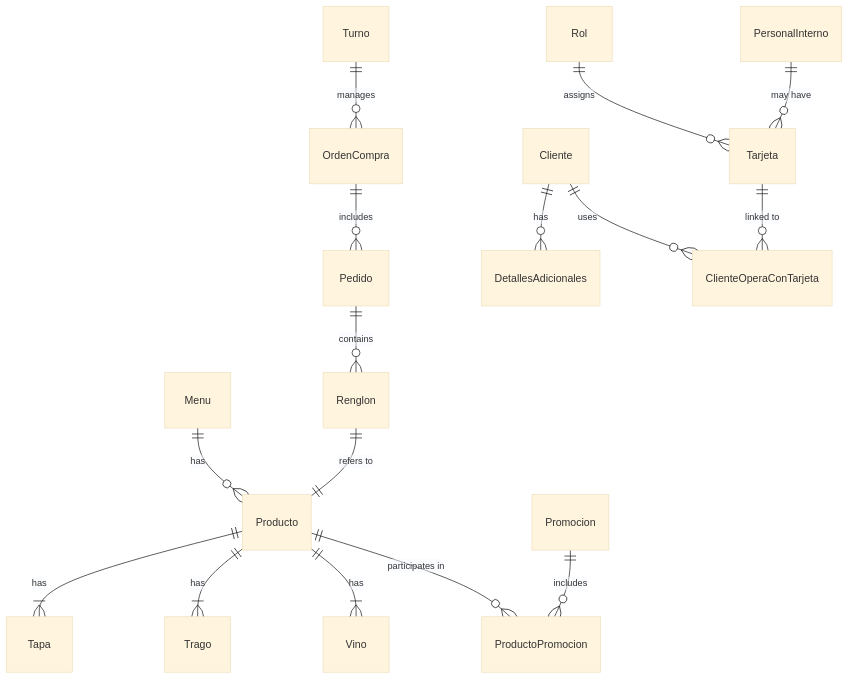
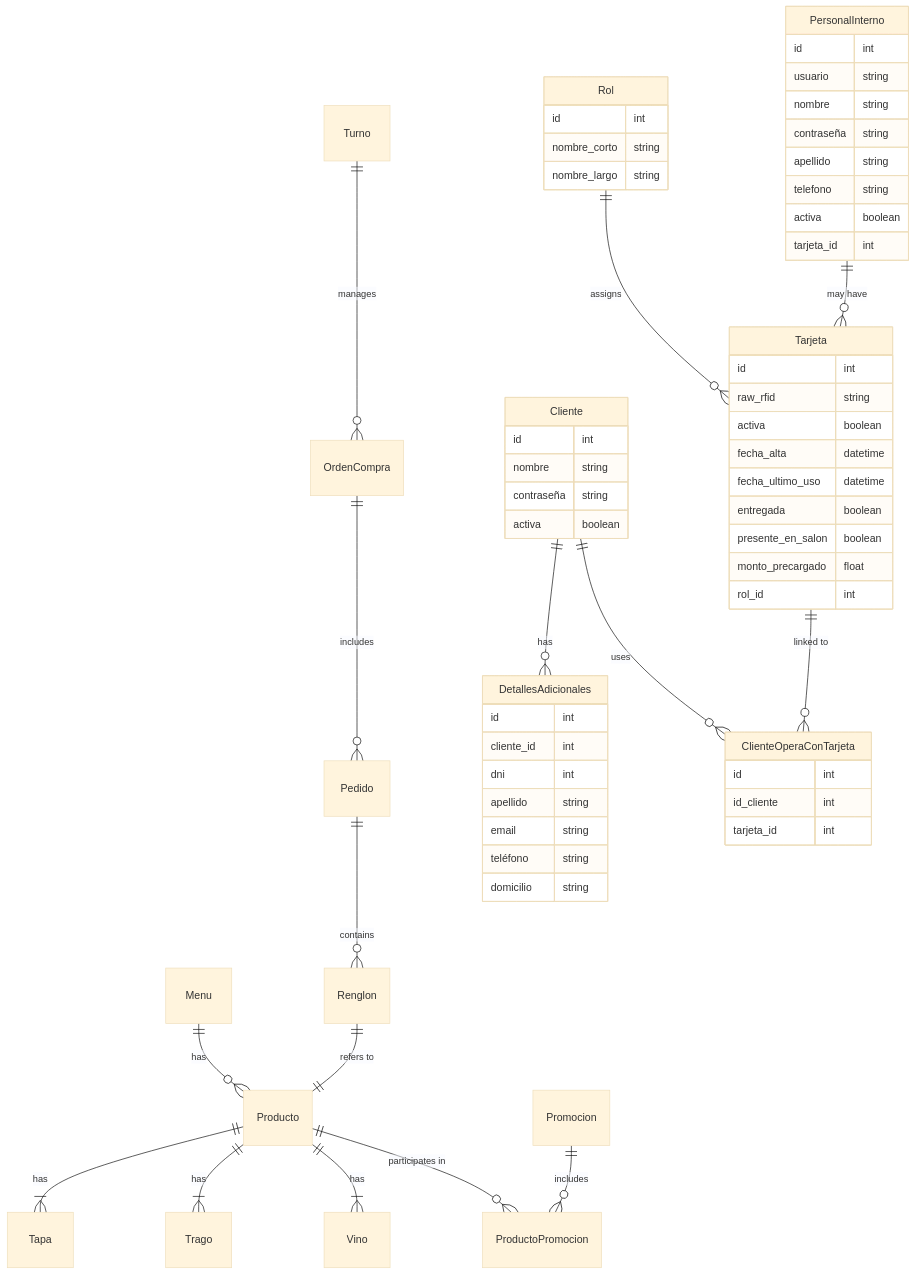
Before and after one commit to allanes/winebar-4: the diagram in backend/app/sql_app/README.md, drawn with Mermaid (base theme).

First paragraph of the commit message:
aider: Added all fields defined in tarjetas_y_usuarios to the mermaid tables in the readme.
# Aider chat conversation:

````diff
--- a/backend/app/sql_app/README.md
+++ b/backend/app/sql_app/README.md
@@ -1,18 +1,64 @@
 ```mermaid
 erDiagram
     Menu ||--o{ Producto : has
     Producto ||--|{ Tapa : has
     Producto ||--|{ Trago : has
     Producto ||--|{ Vino : has
     Producto ||--o{ ProductoPromocion : "participates in"
     Promocion ||--o{ ProductoPromocion : includes
     Turno ||--o{ OrdenCompra : manages
     OrdenCompra ||--o{ Pedido : includes
     Pedido ||--o{ Renglon : contains
     Renglon ||--|| Producto : "refers to"
     Rol ||--o{ Tarjeta : assigns
     Cliente ||--o{ DetallesAdicionales : "has"
     Cliente ||--o{ ClienteOperaConTarjeta : uses
     Tarjeta ||--o{ ClienteOperaConTarjeta : "linked to"
     PersonalInterno ||--o{ Tarjeta : "may have"
+    Rol {
+        id int
+        nombre_corto string
+        nombre_largo string
+    }
+    Tarjeta {
+        id int
+        raw_rfid string
+        activa boolean
+        fecha_alta datetime
+        fecha_ultimo_uso datetime
+        entregada boolean
+        presente_en_salon boolean
+        monto_precargado float
+        rol_id int
+    }
+    Cliente {
+        id int
+        nombre string
+        contraseña string
+        activa boolean
+    }
+    PersonalInterno {
+        id int
+        usuario string
+        nombre string
+        contraseña string
+        apellido string
+        telefono string
+        activa boolean
+        tarjeta_id int
+    }
+    DetallesAdicionales {
+        id int
+        cliente_id int
+        dni int
+        apellido string
+        email string
+        teléfono string
+        domicilio string
+    }
+    ClienteOperaConTarjeta {
+        id int
+        id_cliente int
+        tarjeta_id int
+    }
 ```
````
